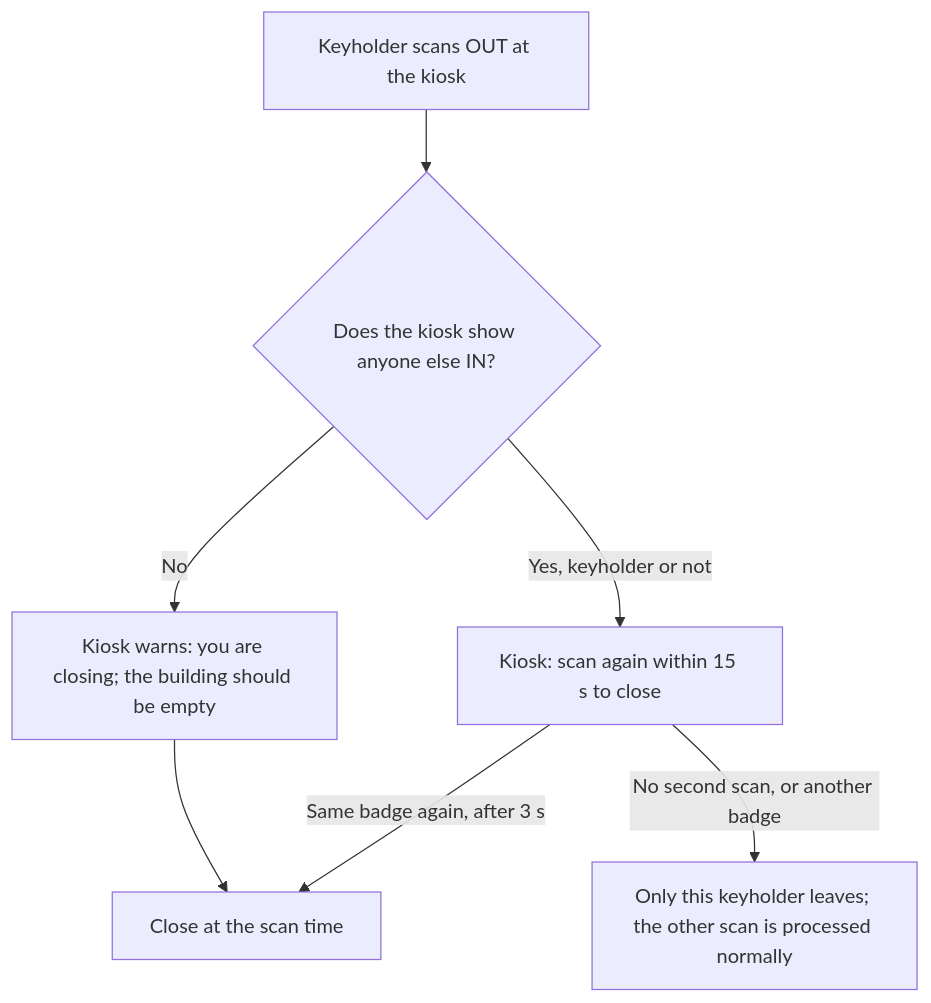
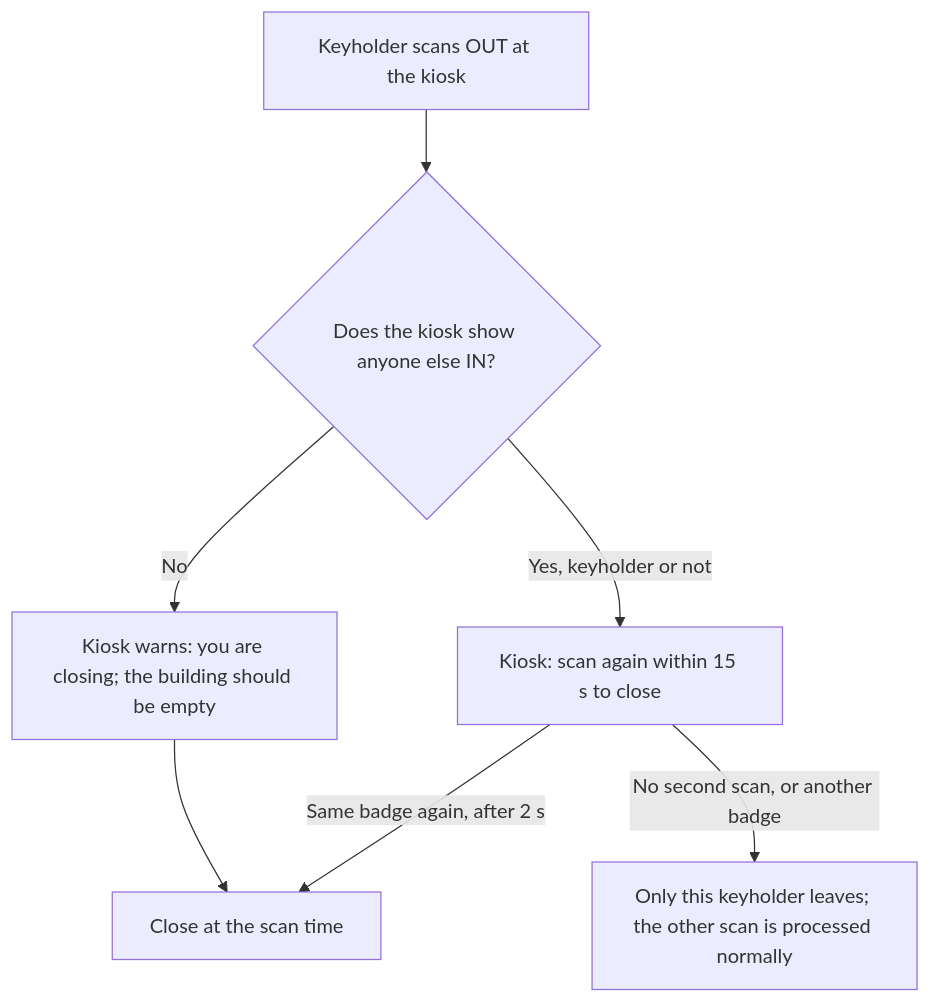
The second of 2 diagrams in docs/ops/checkin-state-machine.md (innovationtreehouse/apps.checkin), drawn with Mermaid before and after one commit. The commit also changed other lines of this file and 3 other files, not shown here.

````diff
--- a/docs/ops/checkin-state-machine.md
+++ b/docs/ops/checkin-state-machine.md
@@ -72,8 +72,8 @@
 ```mermaid
 flowchart TD
     A[Keyholder scans OUT at the kiosk] --> B{Does the kiosk show anyone else IN?}
     B -- No --> N[Kiosk warns: you are closing; the building should be empty] --> C[Close at the scan time]
     B -- Yes, keyholder or not --> D[Kiosk: scan again within 15 s to close]
-    D -- Same badge again, after 3 s --> C
+    D -- Same badge again, after 2 s --> C
     D -- No second scan, or another badge --> E[Only this keyholder leaves; the other scan is processed normally]
 ```
````
